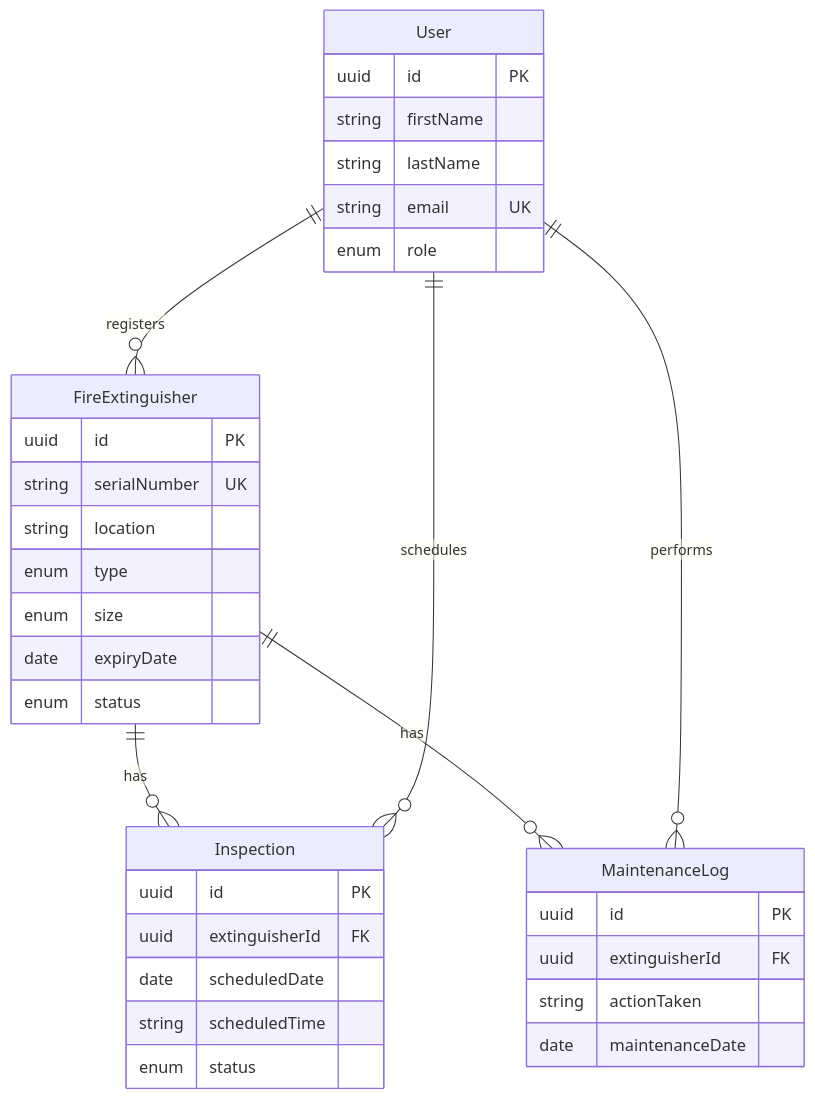
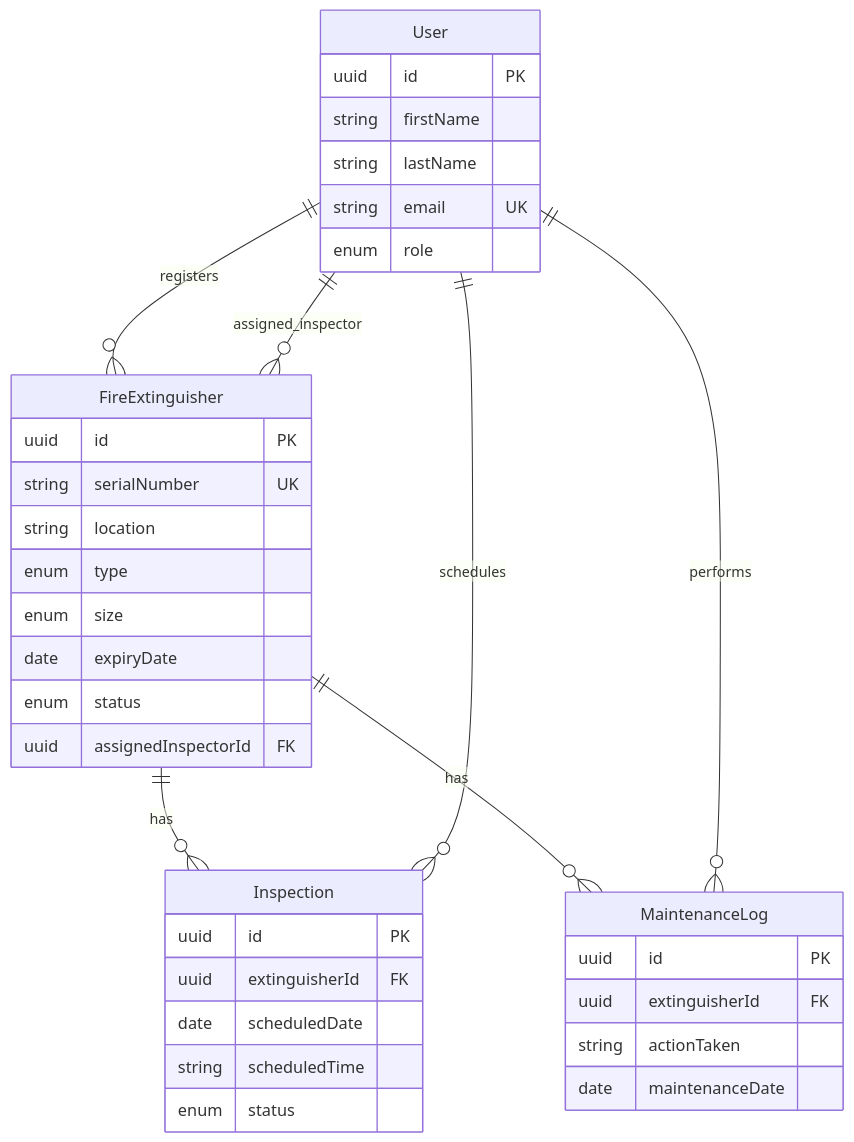
Before and after one commit to Gemimah/restful_ne_starter: the diagram in docs/ERD.md, drawn with Mermaid. The commit also changed other lines of this file and 15 other files, not shown here.

````diff
--- a/docs/ERD.md
+++ b/docs/ERD.md
@@ -51,41 +53,43 @@
 ```mermaid
 erDiagram
     User ||--o{ FireExtinguisher : registers
+    User ||--o{ FireExtinguisher : assigned_inspector
     FireExtinguisher ||--o{ Inspection : has
     FireExtinguisher ||--o{ MaintenanceLog : has
     User ||--o{ Inspection : schedules
     User ||--o{ MaintenanceLog : performs
 
     User {
         uuid id PK
         string firstName
         string lastName
         string email UK
         enum role
     }
 
     FireExtinguisher {
         uuid id PK
         string serialNumber UK
         string location
         enum type
         enum size
         date expiryDate
         enum status
+        uuid assignedInspectorId FK
     }
 
     Inspection {
         uuid id PK
         uuid extinguisherId FK
         date scheduledDate
         string scheduledTime
         enum status
     }
 
     MaintenanceLog {
         uuid id PK
         uuid extinguisherId FK
         string actionTaken
         date maintenanceDate
     }
 ```
````
